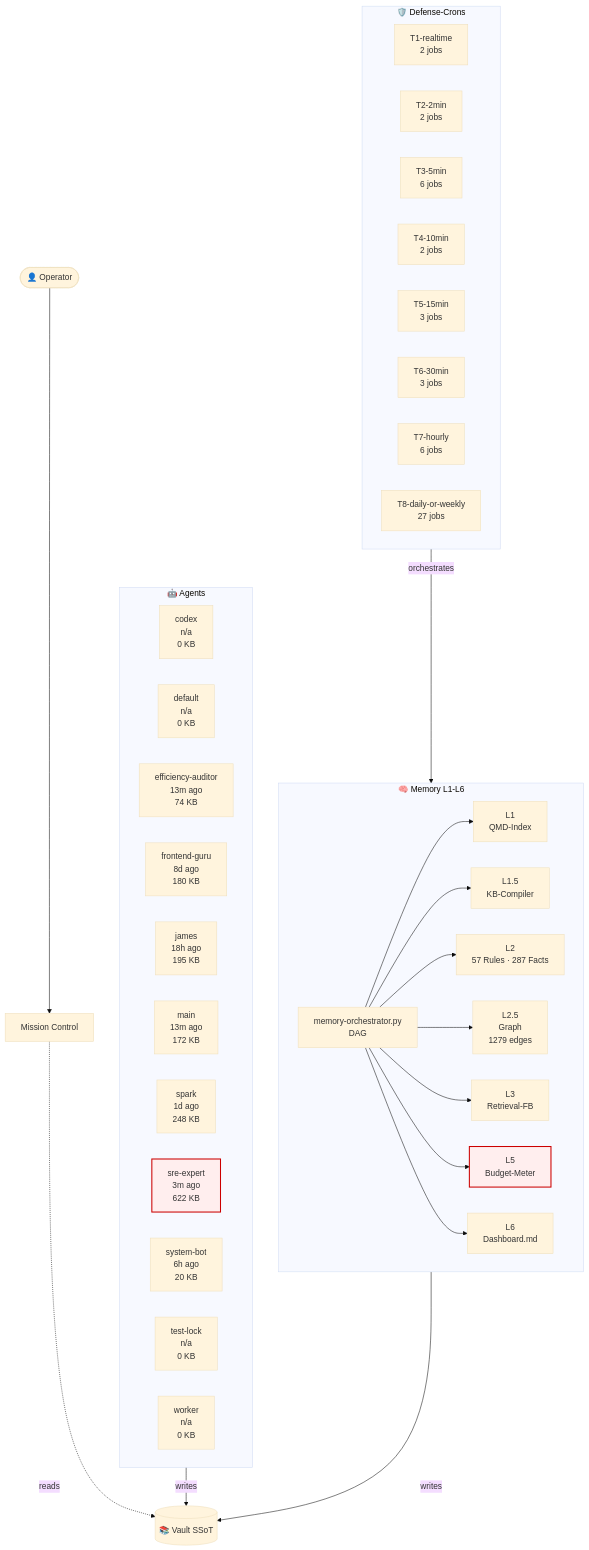
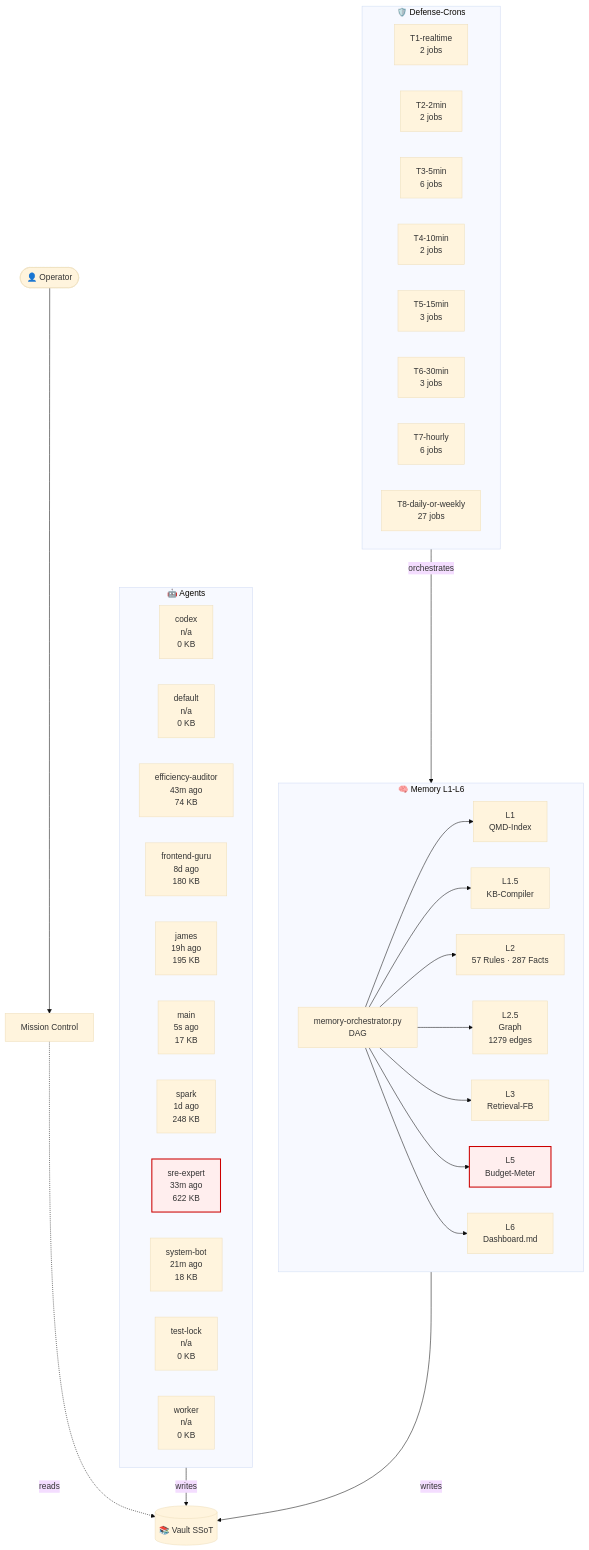
Before and after one commit to lenardhuebner88-rgb/openclaw-memory: the diagram in 03-Agents/architecture-live.md, drawn with Mermaid (base theme). The commit also changed other lines of this file and 3 other files, not shown here.

````diff
--- a/03-Agents/architecture-live.md
+++ b/03-Agents/architecture-live.md
@@ -18,54 +18,54 @@
 ```mermaid
 flowchart TB
     classDef critical fill:#fee,stroke:#c00,stroke-width:2px;
     subgraph AGT["🤖 Agents"]
         agent_codex["codex<br/>n/a<br/>0 KB"]
         agent_default["default<br/>n/a<br/>0 KB"]
-        agent_efficiency_auditor["efficiency-auditor<br/>13m ago<br/>74 KB"]
+        agent_efficiency_auditor["efficiency-auditor<br/>43m ago<br/>74 KB"]
         agent_frontend_guru["frontend-guru<br/>8d ago<br/>180 KB"]
-        agent_james["james<br/>18h ago<br/>195 KB"]
-        agent_main["main<br/>13m ago<br/>172 KB"]
+        agent_james["james<br/>19h ago<br/>195 KB"]
+        agent_main["main<br/>5s ago<br/>17 KB"]
         agent_spark["spark<br/>1d ago<br/>248 KB"]
-        agent_sre_expert["sre-expert<br/>3m ago<br/>622 KB"]
-        agent_system_bot["system-bot<br/>6h ago<br/>20 KB"]
+        agent_sre_expert["sre-expert<br/>33m ago<br/>622 KB"]
+        agent_system_bot["system-bot<br/>21m ago<br/>18 KB"]
         agent_test_lock["test-lock<br/>n/a<br/>0 KB"]
         agent_worker["worker<br/>n/a<br/>0 KB"]
     end
     subgraph MEM["🧠 Memory L1-L6"]
         L1["L1<br/>QMD-Index"]
         L15["L1.5<br/>KB-Compiler"]
         L2["L2<br/>57 Rules · 287 Facts"]
         L25["L2.5<br/>Graph<br/>1279 edges"]
         L3["L3<br/>Retrieval-FB"]
         L5["L5<br/>Budget-Meter"]
         L6["L6<br/>Dashboard.md"]
         ORCH["memory-orchestrator.py<br/>DAG"]
     end
     subgraph CRN["🛡️ Defense-Crons"]
         tier_T1_realtime["T1-realtime<br/>2 jobs"]
         tier_T2_2min["T2-2min<br/>2 jobs"]
         tier_T3_5min["T3-5min<br/>6 jobs"]
         tier_T4_10min["T4-10min<br/>2 jobs"]
         tier_T5_15min["T5-15min<br/>3 jobs"]
         tier_T6_30min["T6-30min<br/>3 jobs"]
         tier_T7_hourly["T7-hourly<br/>6 jobs"]
         tier_T8_daily_or_weekly["T8-daily-or-weekly<br/>27 jobs"]
     end
     VAULT[("📚 Vault SSoT")]
     OP([👤 Operator])
     MC["Mission Control"]
     OP --> MC
     MC -.reads.-> VAULT
     AGT -->|writes| VAULT
     MEM -->|writes| VAULT
     ORCH --> L1
     ORCH --> L15
     ORCH --> L2
     ORCH --> L25
     ORCH --> L3
     ORCH --> L5
     ORCH --> L6
     CRN -->|orchestrates| MEM
     class L5 critical
     class agent_sre_expert critical
 ```
````
